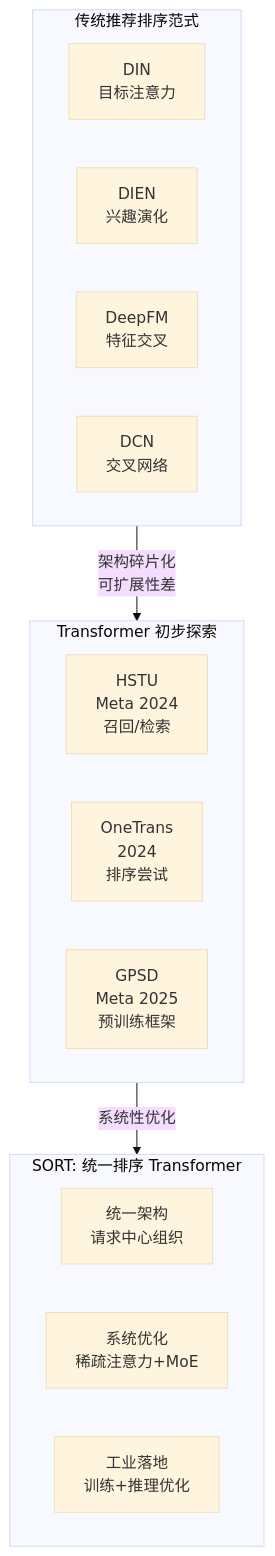
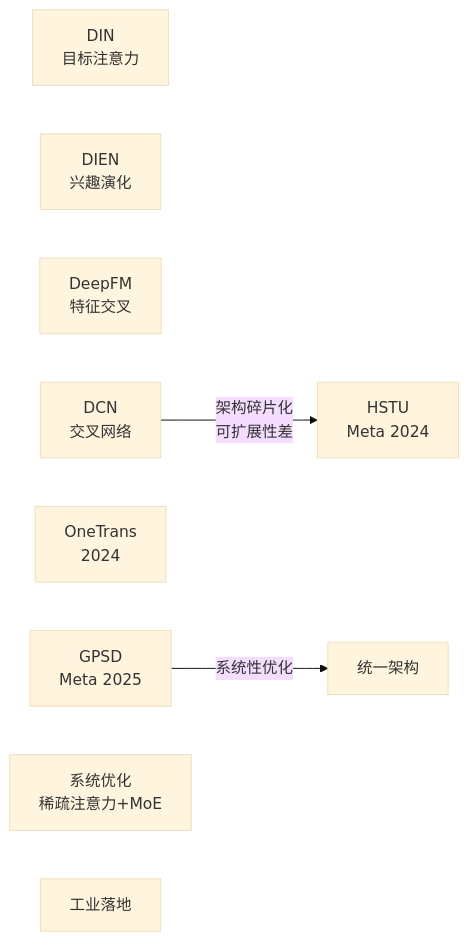
One commit to bansheng/bansheng.github.io changed the first of 5 diagrams in content/blog/posts/011_sort_paper_review/index.md. Above: the diagram before and after it, drawn with Mermaid (base theme). The commit also changed other lines of this file and 160 other files, not shown here.

```diff
--- a/content/blog/posts/011_sort_paper_review/index.md
+++ b/content/blog/posts/011_sort_paper_review/index.md
@@ -33,24 +33,8 @@
 {{< mermaid >}}
-graph TD
-    subgraph 传统范式 ["传统推荐排序范式"]
-        A1["DIN<br/>目标注意力"] 
-        A2["DIEN<br/>兴趣演化"]
-        A3["DeepFM<br/>特征交叉"]
-        A4["DCN<br/>交叉网络"]
-    end
-
-    subgraph 过渡探索 ["Transformer 初步探索"]
-        B1["HSTU<br/>Meta 2024<br/>召回/检索"]
-        B2["OneTrans<br/>2024<br/>排序尝试"]
-        B3["GPSD<br/>Meta 2025<br/>预训练框架"]
-    end
-
-    subgraph SORT范式 ["SORT: 统一排序 Transformer"]
-        C1["统一架构<br/>请求中心组织"]
-        C2["系统优化<br/>稀疏注意力+MoE"]
-        C3["工业落地<br/>训练+推理优化"]
-    end
-
-    传统范式 -->|"架构碎片化<br/>可扩展性差"| 过渡探索
-    过渡探索 -->|"系统性优化"| SORT范式
+graph LR
+    A1["DIN<br/>目标注意力"] & A2["DIEN<br/>兴趣演化"] & A3["DeepFM<br/>特征交叉"] & A4["DCN<br/>交叉网络"]
+    A4 -->|"架构碎片化<br/>可扩展性差"| B1
+    B1["HSTU<br/>Meta 2024"] & B2["OneTrans<br/>2024"] & B3["GPSD<br/>Meta 2025"]
+    B3 -->|"系统性优化"| C1
+    C1["统一架构"] & C2["系统优化<br/>稀疏注意力+MoE"] & C3["工业落地"]
 {{< /mermaid >}}
```
